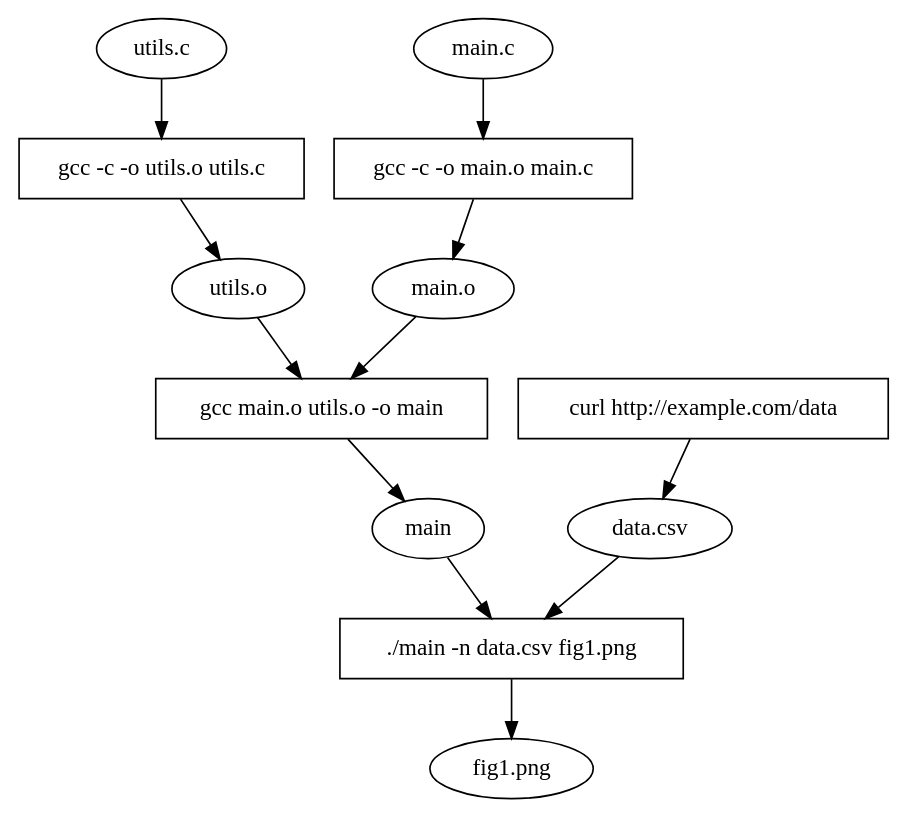
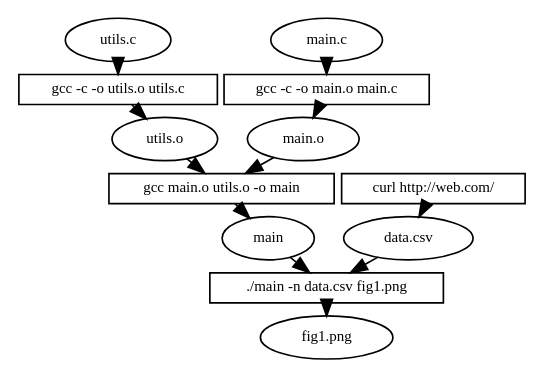
The diagram in docs/lib_interpos/prov_example.dot (charmoniumQ/PROBE), drawn with Graphviz before and after one commit. The commit also changed 7 other files, not shown here.

```diff
--- a/docs/lib_interpos/prov_example.dot
+++ b/docs/lib_interpos/prov_example.dot
@@ -1,21 +1,26 @@
 strict digraph G {
+    nodesep=0.05;
+    ranksep=0.1;
+    node [fontsize=9, width=0.1, height=0.1];
+    edge [len=0.1];
+
     utilsc [shape="oval" label="utils.c"];
     utilso [shape="oval" label="utils.o"];
     mainc [shape="oval" label="main.c"];
     maino [shape="oval" label="main.o"];
     main [shape="oval" label="main"];
     datacsv [shape="oval" label="data.csv"];
     fig1png [shape="oval" label="fig1.png"];
 
     compile_utils [shape="rect" label="gcc -c -o utils.o utils.c"];
     compile_main [shape="rect" label="gcc -c -o main.o main.c"];
     link [shape="rect" label="gcc main.o utils.o -o main"];
     runmain [shape="rect" label="./main -n data.csv fig1.png"];
-    curl [shape="rect" label="curl http://example.com/data"];
+    curl [shape="rect" label="curl http://web.com/"];
 
     utilsc -> compile_utils -> utilso;
     mainc -> compile_main -> maino;
     {utilso maino} -> link -> main;
     curl -> datacsv;
     {main datacsv} -> runmain -> fig1png;
 }
```
